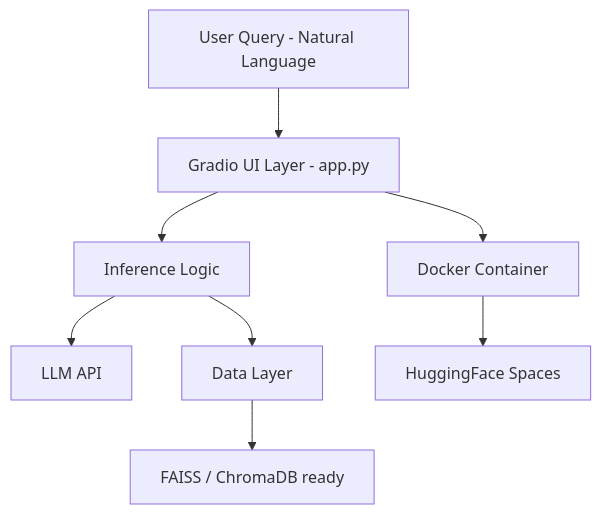
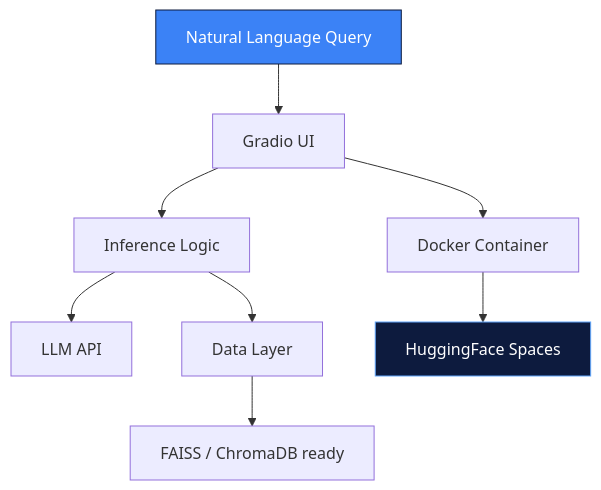
One commit to Santhosh-p653/Santhosh-p653 changed the fourth of 5 diagrams in README.md. Above: the diagram before and after it, drawn with Mermaid. The commit also changed other lines of this file, not shown here.

````diff
--- a/README.md
+++ b/README.md
@@ -289,10 +234,13 @@
 ```mermaid
 flowchart TD
-    U[User Query - Natural Language] --> G[Gradio UI Layer - app.py]
+    U[Natural Language Query] --> G[Gradio UI]
     G --> IL[Inference Logic]
     IL --> API[LLM API]
     IL --> DL[Data Layer]
     DL --> VDB[FAISS / ChromaDB ready]
     G --> DK[Docker Container]
     DK --> HF[HuggingFace Spaces]
+
+    style U fill:#3b82f6,stroke:#0d1b3e,color:#fff
+    style HF fill:#0d1b3e,stroke:#60a5fa,color:#fff
 ```
````
